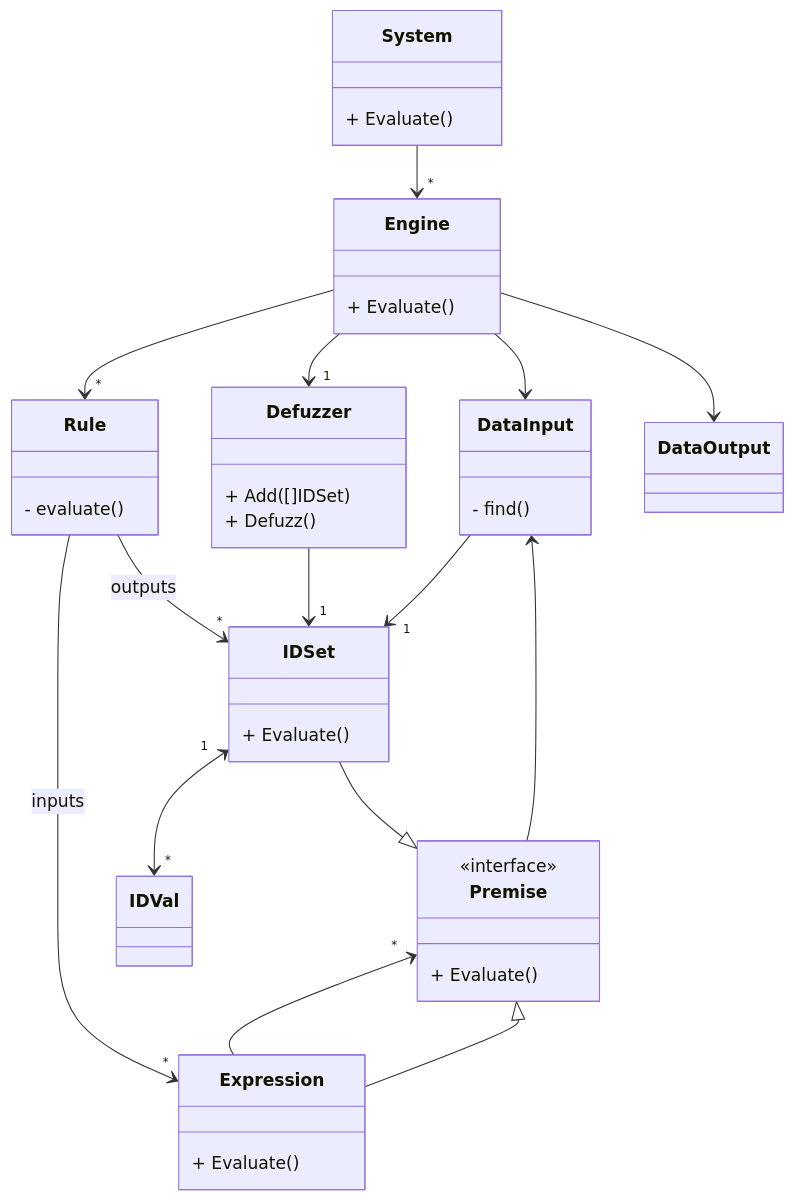
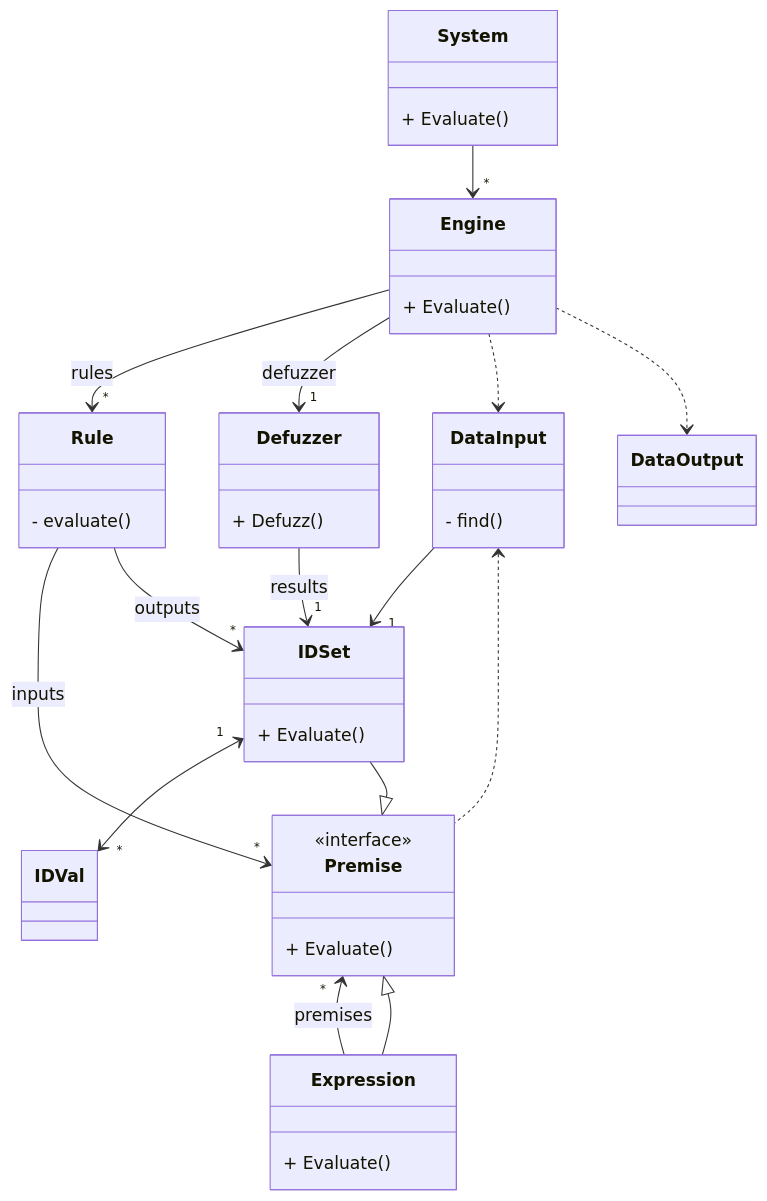
One commit to sbiemont/fugologic changed the diagram in readme.md. Above: the diagram before and after it, drawn with Mermaid. The commit also changed other lines of this file, not shown here.

````diff
--- a/readme.md
+++ b/readme.md
@@ -236,48 +274,47 @@
 ```mermaid
 classDiagram
   class Premise {
     <<interface>>
     + Evaluate()
   }
   class Expression {
     + Evaluate()
   }
   class Engine {
     + Evaluate()
   }
   class IDSet {
     + Evaluate()
   }
   class Defuzzer {
-    + Add([]IDSet)
     + Defuzz()
   }
   class DataInput {
     - find()
   }
   class System {
     + Evaluate()
   }
   class Rule {
     - evaluate()
   }
 
   System --> "*" Engine
   DataInput --> "1" IDSet
-  Defuzzer --> "1" IDSet
+  Defuzzer --> "1" IDSet : results
 
   IDSet "1" <--> "*" IDVal
 
-  Premise "*" <-- Expression
+  Premise "*" <-- Expression : premises
   Expression --|> Premise
   IDSet --|> Premise
-  DataInput <-- Premise
+  DataInput <.. Premise
 
-  Engine --> "*" Rule
-  Engine --> "1" Defuzzer
-  Engine --> DataInput
-  Engine --> DataOutput
+  Engine --> "*" Rule : rules
+  Engine --> "1" Defuzzer : defuzzer
+  Engine ..> DataInput
+  Engine ..> DataOutput
 
-  Rule --> "*" Expression : inputs
+  Rule --> "*" Premise : inputs
   Rule --> "*" IDSet : outputs
 ```
````
